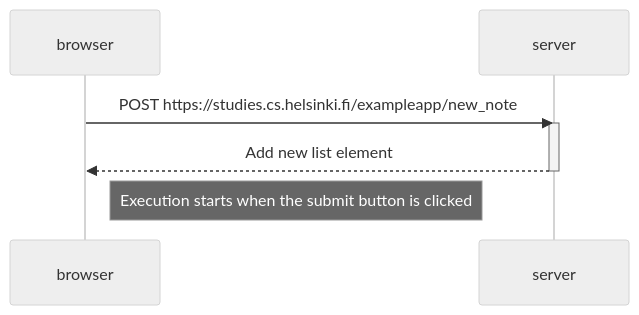
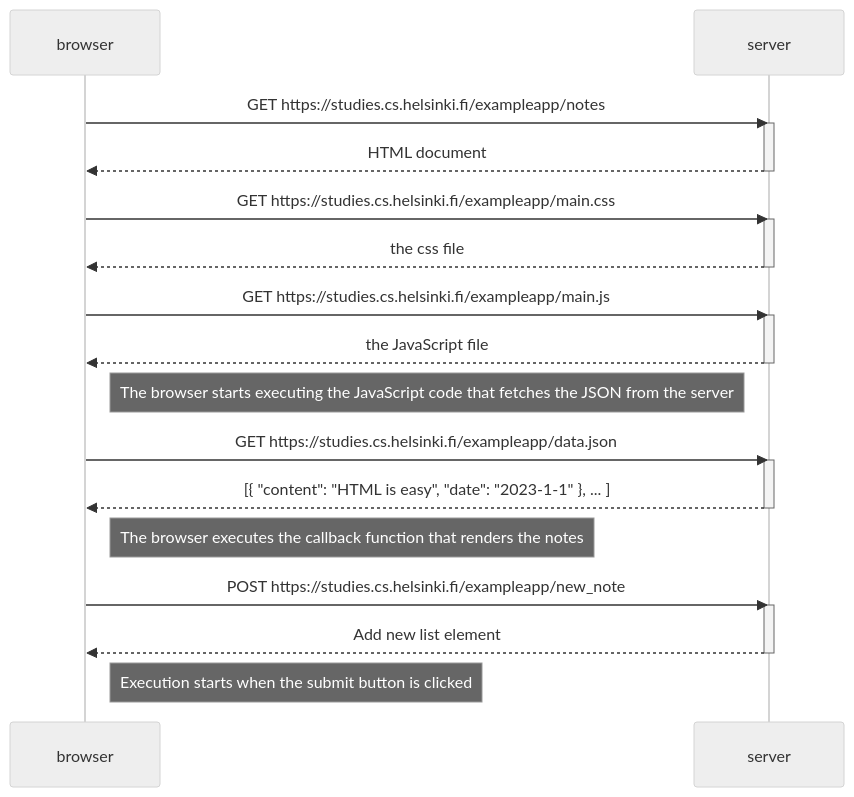
One commit to KH-Ray/full-stack-open changed the diagram in part-0/new-note-diagram.md. Above: the diagram before and after it, drawn with Mermaid (neutral theme).

````diff
--- a/part-0/new-note-diagram.md
+++ b/part-0/new-note-diagram.md
@@ -1,12 +1,36 @@
 ```mermaid
 sequenceDiagram
     participant browser
     participant server
+
+    browser->>server: GET https://studies.cs.helsinki.fi/exampleapp/notes
+    activate server
+    server-->>browser: HTML document
+    deactivate server
+
+    browser->>server: GET https://studies.cs.helsinki.fi/exampleapp/main.css
+    activate server
+    server-->>browser: the css file
+    deactivate server
+
+    browser->>server: GET https://studies.cs.helsinki.fi/exampleapp/main.js
+    activate server
+    server-->>browser: the JavaScript file
+    deactivate server
+
+    Note right of browser: The browser starts executing the JavaScript code that fetches the JSON from the server
+
+    browser->>server: GET https://studies.cs.helsinki.fi/exampleapp/data.json
+    activate server
+    server-->>browser: [{ "content": "HTML is easy", "date": "2023-1-1" }, ... ]
+    deactivate server
+
+    Note right of browser: The browser executes the callback function that renders the notes
 
     browser->>server: POST https://studies.cs.helsinki.fi/exampleapp/new_note
     activate server
     server-->>browser: Add new list element
     deactivate server
 
     Note right of browser: Execution starts when the submit button is clicked
 ```
````
